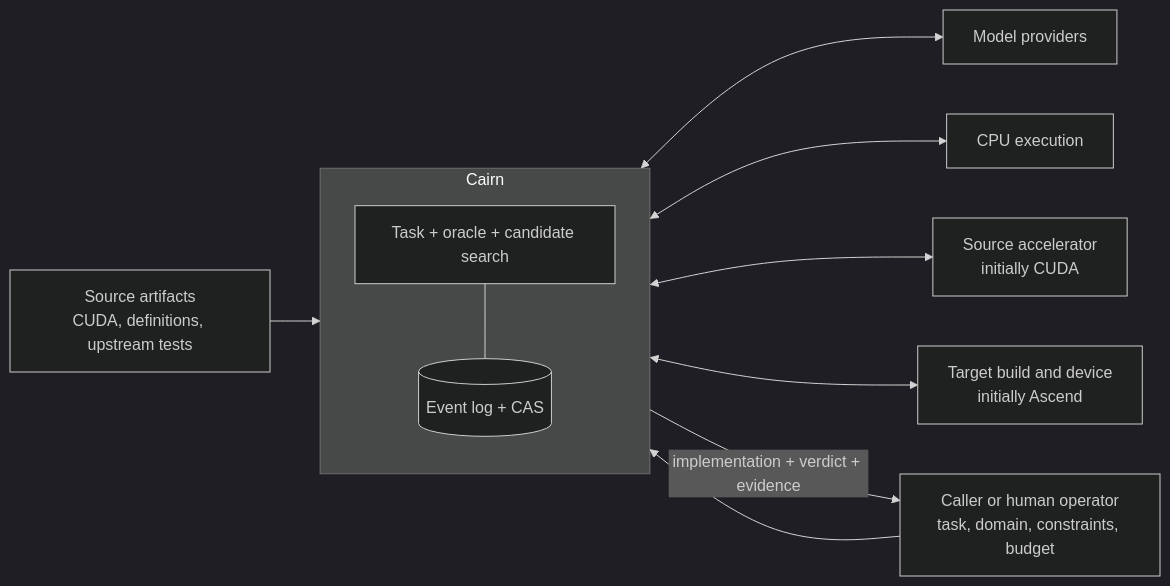
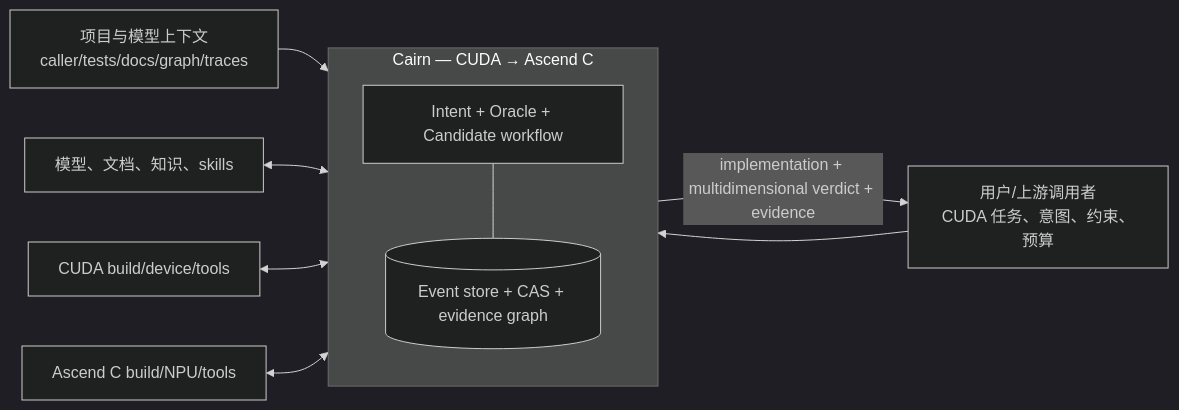
One commit to ascendresearch/cairn changed the first of 5 diagrams in docs/SYSTEM_DESIGN.md. Above: the diagram before and after it, drawn with Mermaid (dark theme). The commit also changed other lines of this file and 33 other files, not shown here.

Commit message:
docs: redesign oracle architecture and development plan

````diff
--- a/docs/SYSTEM_DESIGN.md
+++ b/docs/SYSTEM_DESIGN.md
@@ -70,23 +99,21 @@
 ```mermaid
 flowchart LR
-    caller["Caller or human operator<br/>task, domain, constraints, budget"]
-    source["Source artifacts<br/>CUDA, definitions, upstream tests"]
-    provider["Model providers"]
-    cpu["CPU execution"]
-    srcaccel["Source accelerator<br/>initially CUDA"]
-    target["Target build and device<br/>initially Ascend"]
+    caller["用户/上游调用者\nCUDA 任务、意图、约束、预算"]
+    context["项目与模型上下文\ncaller/tests/docs/graph/traces"]
+    providers["模型、文档、知识、skills"]
+    cuda["CUDA build/device/tools"]
+    ascend["Ascend C build/NPU/tools"]
 
-    subgraph cairn["Cairn"]
-      app["Task + oracle + candidate search"]
-      evidence[("Event log + CAS")]
-      app --- evidence
+    subgraph cairn["Cairn — CUDA → Ascend C"]
+      product["Intent + Oracle + Candidate workflow"]
+      record[("Event store + CAS + evidence graph")]
+      product --- record
     end
 
     caller --> cairn
-    source --> cairn
-    cairn <--> provider
-    cairn <--> cpu
-    cairn <--> srcaccel
-    cairn <--> target
-    cairn -->|"implementation + verdict + evidence"| caller
+    context --> cairn
+    providers <--> cairn
+    cuda <--> cairn
+    ascend <--> cairn
+    cairn -->|"implementation + multidimensional verdict + evidence"| caller
 ```
````
